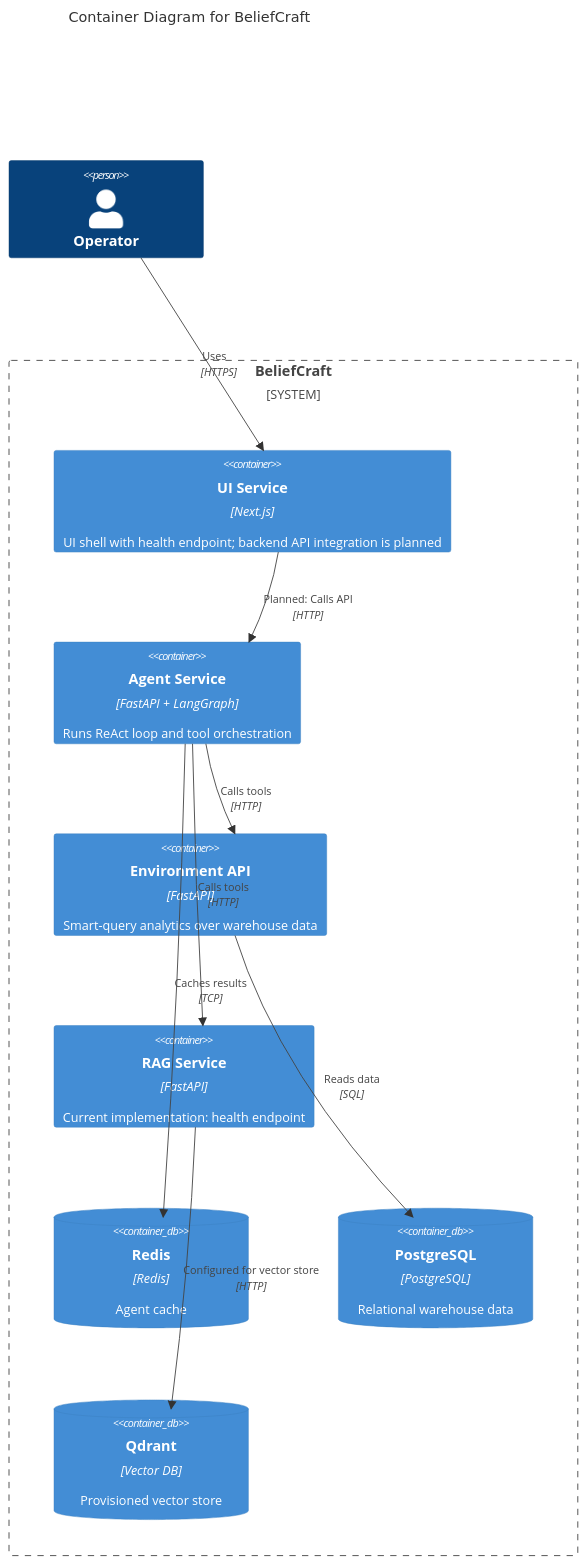
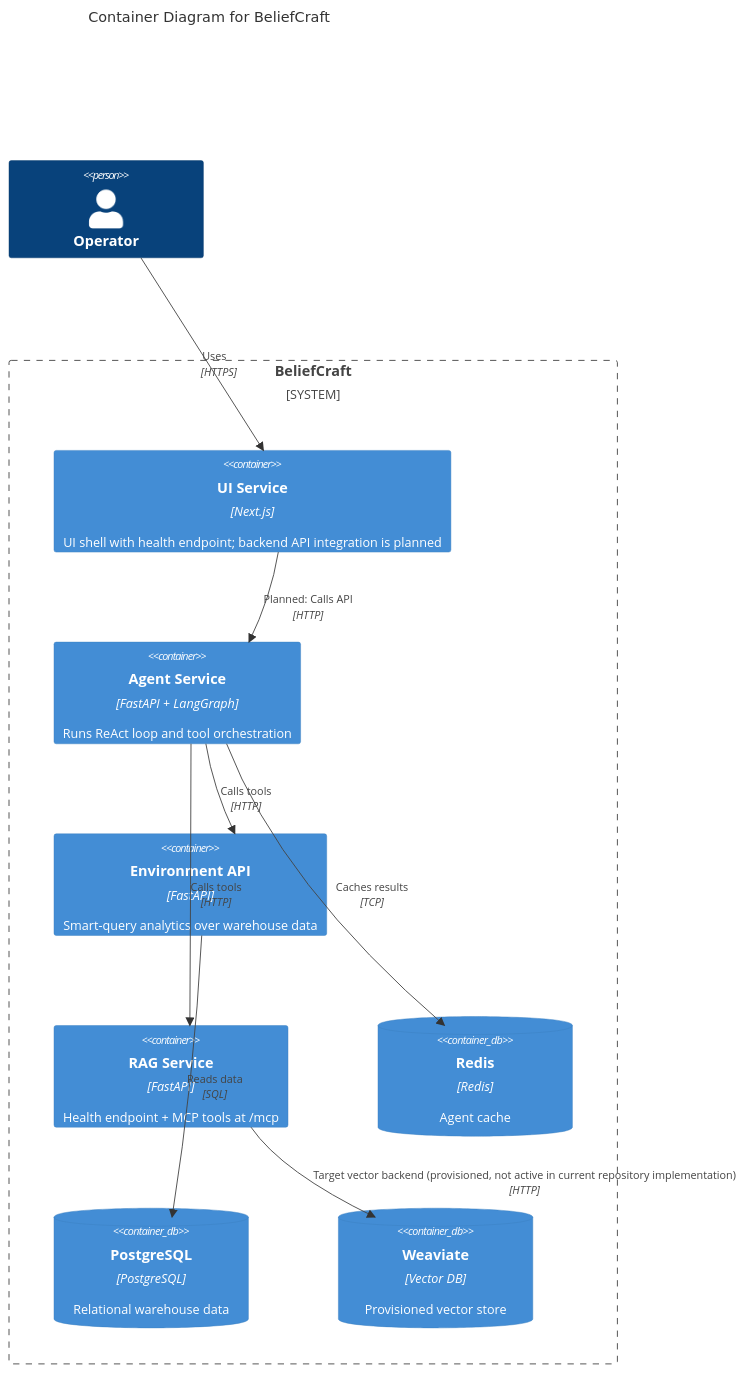
One commit to Project-Stage-Academy/BeliefCraft changed the second of 3 diagrams in docs/architecture/c4-diagrams/c4-model.md. Above: the diagram before and after it, drawn with Mermaid. The commit also changed other lines of this file and 9 other files, not shown here.

Commit message:
docs: update RAG and agent service documentation

````diff
--- a/docs/architecture/c4-diagrams/c4-model.md
+++ b/docs/architecture/c4-diagrams/c4-model.md
@@ -19,28 +19,28 @@
 ```mermaid
 C4Container
     title Container Diagram for BeliefCraft
 
     Person(operator, "Operator")
 
     System_Boundary(beliefcraft_boundary, "BeliefCraft") {
         Container(ui, "UI Service", "Next.js", "UI shell with health endpoint; backend API integration is planned")
 
         Container(agent_service, "Agent Service", "FastAPI + LangGraph", "Runs ReAct loop and tool orchestration")
         Container(environment_api, "Environment API", "FastAPI", "Smart-query analytics over warehouse data")
-        Container(rag_service, "RAG Service", "FastAPI", "Current implementation: health endpoint")
+        Container(rag_service, "RAG Service", "FastAPI", "Health endpoint + MCP tools at /mcp")
 
         ContainerDb(redis, "Redis", "Redis", "Agent cache")
         ContainerDb(postgres, "PostgreSQL", "PostgreSQL", "Relational warehouse data")
-        ContainerDb(qdrant, "Qdrant", "Vector DB", "Provisioned vector store")
+        ContainerDb(weaviate, "Weaviate", "Vector DB", "Provisioned vector store")
     }
 
     Rel(operator, ui, "Uses", "HTTPS")
     Rel(ui, agent_service, "Planned: Calls API", "HTTP")
 
     Rel(agent_service, environment_api, "Calls tools", "HTTP")
     Rel(agent_service, rag_service, "Calls tools", "HTTP")
 
     Rel(agent_service, redis, "Caches results", "TCP")
     Rel(environment_api, postgres, "Reads data", "SQL")
-    Rel(rag_service, qdrant, "Configured for vector store", "HTTP")
+    Rel(rag_service, weaviate, "Target vector backend (provisioned, not active in current repository implementation)", "HTTP")
 ```
````
